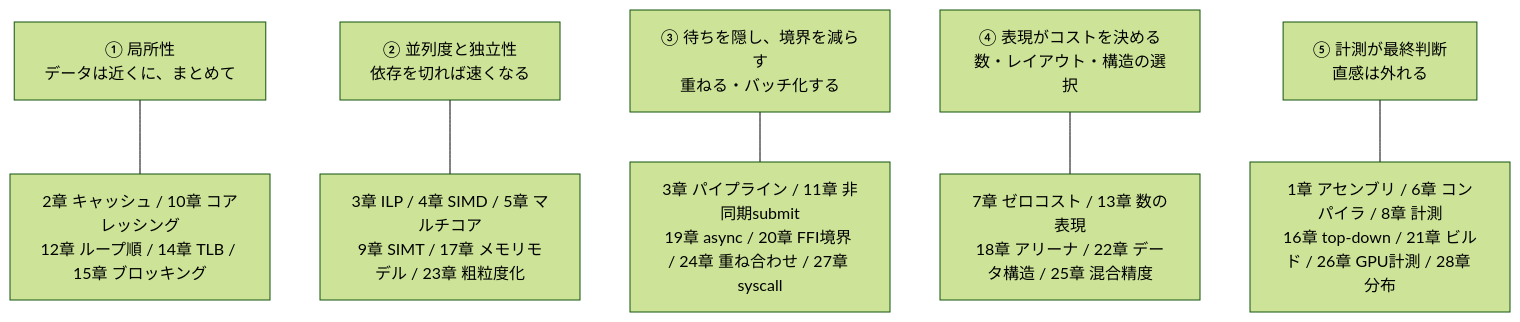
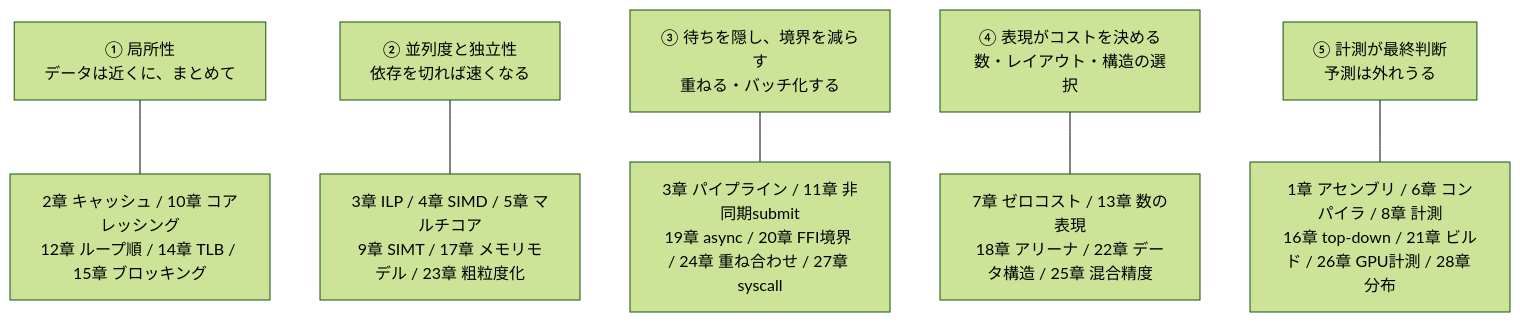
Before and after one commit to ushironoko/rust-cpu-gpu-book: the diagram in src/content/docs/systems/28-performance-engineering.mdx, drawn with Mermaid (forest theme). The commit also changed other lines of this file and 35 other files, not shown here.

````diff
--- a/src/content/docs/systems/28-performance-engineering.mdx
+++ b/src/content/docs/systems/28-performance-engineering.mdx
@@ -120,13 +124,13 @@
 ```mermaid
 flowchart TB
     p1["① 局所性<br/>データは近くに、まとめて"]
     p2["② 並列度と独立性<br/>依存を切れば速くなる"]
     p3["③ 待ちを隠し、境界を減らす<br/>重ねる・バッチ化する"]
     p4["④ 表現がコストを決める<br/>数・レイアウト・構造の選択"]
-    p5["⑤ 計測が最終判断<br/>直感は外れる"]
+    p5["⑤ 計測が最終判断<br/>予測は外れうる"]
     p1 --- c1["2章 キャッシュ / 10章 コアレッシング<br/>12章 ループ順 / 14章 TLB / 15章 ブロッキング"]
     p2 --- c2["3章 ILP / 4章 SIMD / 5章 マルチコア<br/>9章 SIMT / 17章 メモリモデル / 23章 粗粒度化"]
     p3 --- c3["3章 パイプライン / 11章 非同期submit<br/>19章 async / 20章 FFI境界 / 24章 重ね合わせ / 27章 syscall"]
     p4 --- c4["7章 ゼロコスト / 13章 数の表現<br/>18章 アリーナ / 22章 データ構造 / 25章 混合精度"]
     p5 --- c5["1章 アセンブリ / 6章 コンパイラ / 8章 計測<br/>16章 top-down / 21章 ビルド / 26章 GPU計測 / 28章 分布"]
 ```
````
